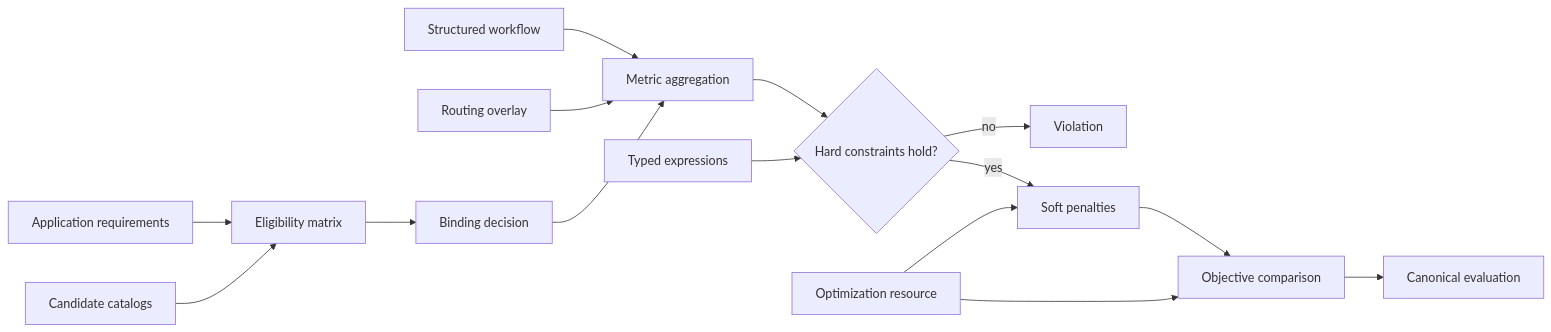
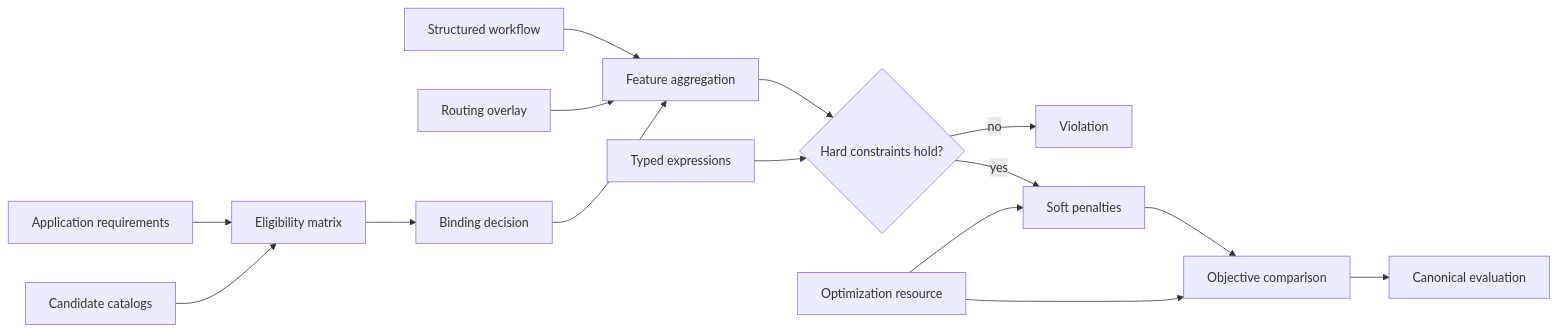
The diagram in docs/models/02-qos-binding.md (isa-group/OpenBinding), drawn with Mermaid before and after one commit. The commit also changed other lines of this file and 398 other files, not shown here.

First line of the commit message:
refactor(bim): migrate metrics to features across schemas, compiler, engines, and corpus

````diff
--- a/docs/models/02-qos-binding.md
+++ b/docs/models/02-qos-binding.md
@@ -89,19 +89,19 @@
 ```mermaid
 flowchart LR
   accTitle: QoS-binding semantic evaluation flow
-  accDescr: Application requirements and catalogs produce eligibility, an Engine chooses a binding, and the authoritative evaluator aggregates metrics, checks constraints, applies penalties, and computes the selected objective.
+  accDescr: Application requirements and catalogs produce eligibility, an Engine chooses a binding, and the authoritative evaluator aggregates features, checks constraints, applies penalties, and computes the selected objective.
   A[Application requirements] --> EL[Eligibility matrix]
   C[Candidate catalogs] --> EL
   EL --> B[Binding decision]
-  W[Structured workflow] --> AG[Metric aggregation]
+  W[Structured workflow] --> AG[Feature aggregation]
   R[Routing overlay] --> AG
   B --> AG
   AG --> HC{Hard constraints hold?}
   X[Typed expressions] --> HC
   HC -->|no| V[Violation]
   HC -->|yes| SP[Soft penalties]
   SP --> O[Objective comparison]
   OPT[Optimization resource] --> SP
   OPT --> O
   O --> E[Canonical evaluation]
 ```
````
